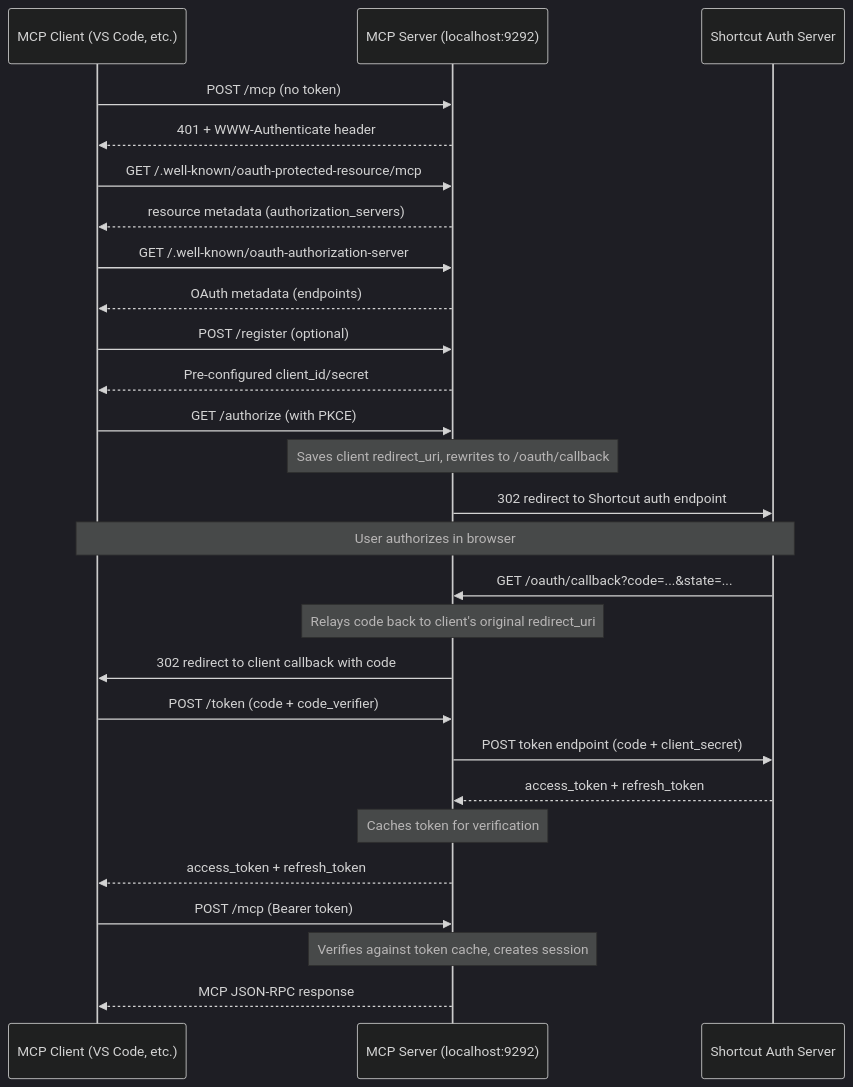
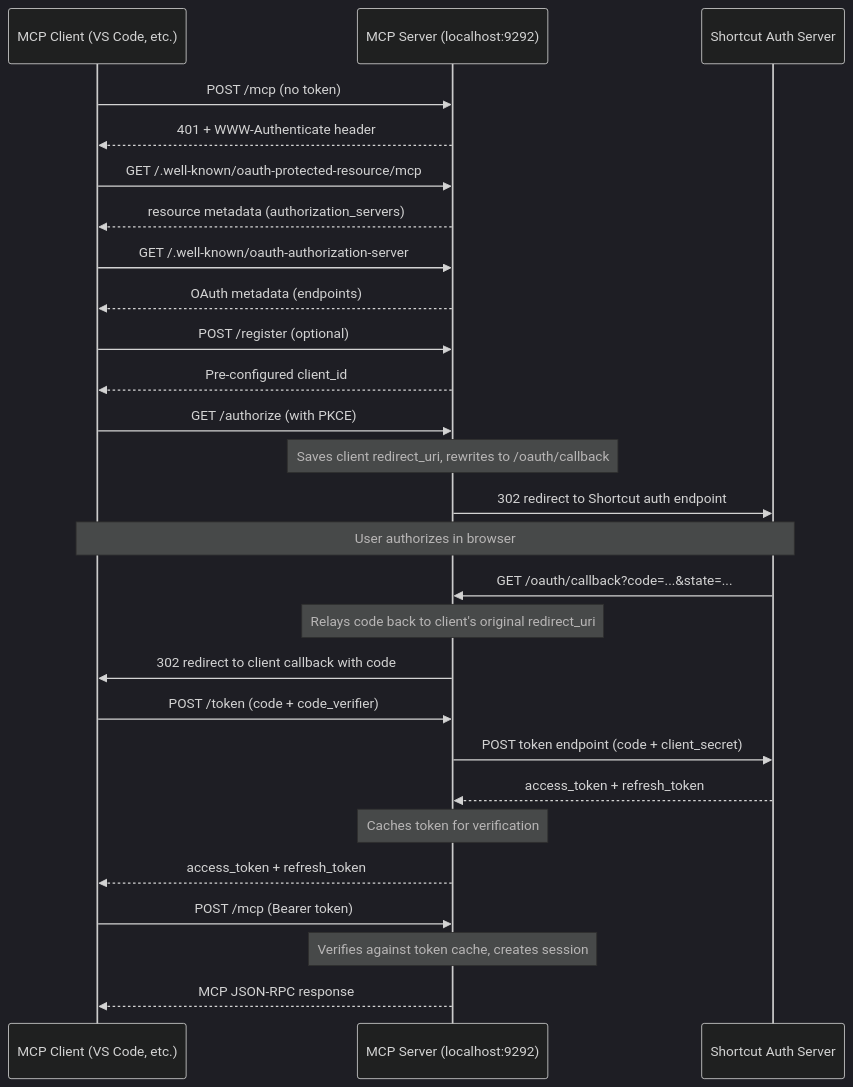
Before and after one commit to useshortcut/mcp-server-shortcut: the diagram in docs/oauth-proxy-implementation.md, drawn with Mermaid (dark theme). The commit also changed other lines of this file and 3 other files, not shown here.

````diff
--- a/docs/oauth-proxy-implementation.md
+++ b/docs/oauth-proxy-implementation.md
@@ -11,38 +11,38 @@
 ```mermaid
 sequenceDiagram
     participant Client as MCP Client (VS Code, etc.)
     participant MCP as MCP Server (localhost:9292)
     participant Auth as Shortcut Auth Server
 
     Client->>MCP: POST /mcp (no token)
     MCP-->>Client: 401 + WWW-Authenticate header
 
     Client->>MCP: GET /.well-known/oauth-protected-resource/mcp
     MCP-->>Client: resource metadata (authorization_servers)
 
     Client->>MCP: GET /.well-known/oauth-authorization-server
     MCP-->>Client: OAuth metadata (endpoints)
 
     Client->>MCP: POST /register (optional)
-    MCP-->>Client: Pre-configured client_id/secret
+    MCP-->>Client: Pre-configured client_id
 
     Client->>MCP: GET /authorize (with PKCE)
     Note over MCP: Saves client redirect_uri, rewrites to /oauth/callback
     MCP->>Auth: 302 redirect to Shortcut auth endpoint
 
     Note over Auth,Client: User authorizes in browser
 
     Auth->>MCP: GET /oauth/callback?code=...&state=...
     Note over MCP: Relays code back to client's original redirect_uri
     MCP->>Client: 302 redirect to client callback with code
 
     Client->>MCP: POST /token (code + code_verifier)
     MCP->>Auth: POST token endpoint (code + client_secret)
     Auth-->>MCP: access_token + refresh_token
     Note over MCP: Caches token for verification
     MCP-->>Client: access_token + refresh_token
 
     Client->>MCP: POST /mcp (Bearer token)
     Note over MCP: Verifies against token cache, creates session
     MCP-->>Client: MCP JSON-RPC response
 ```
````
